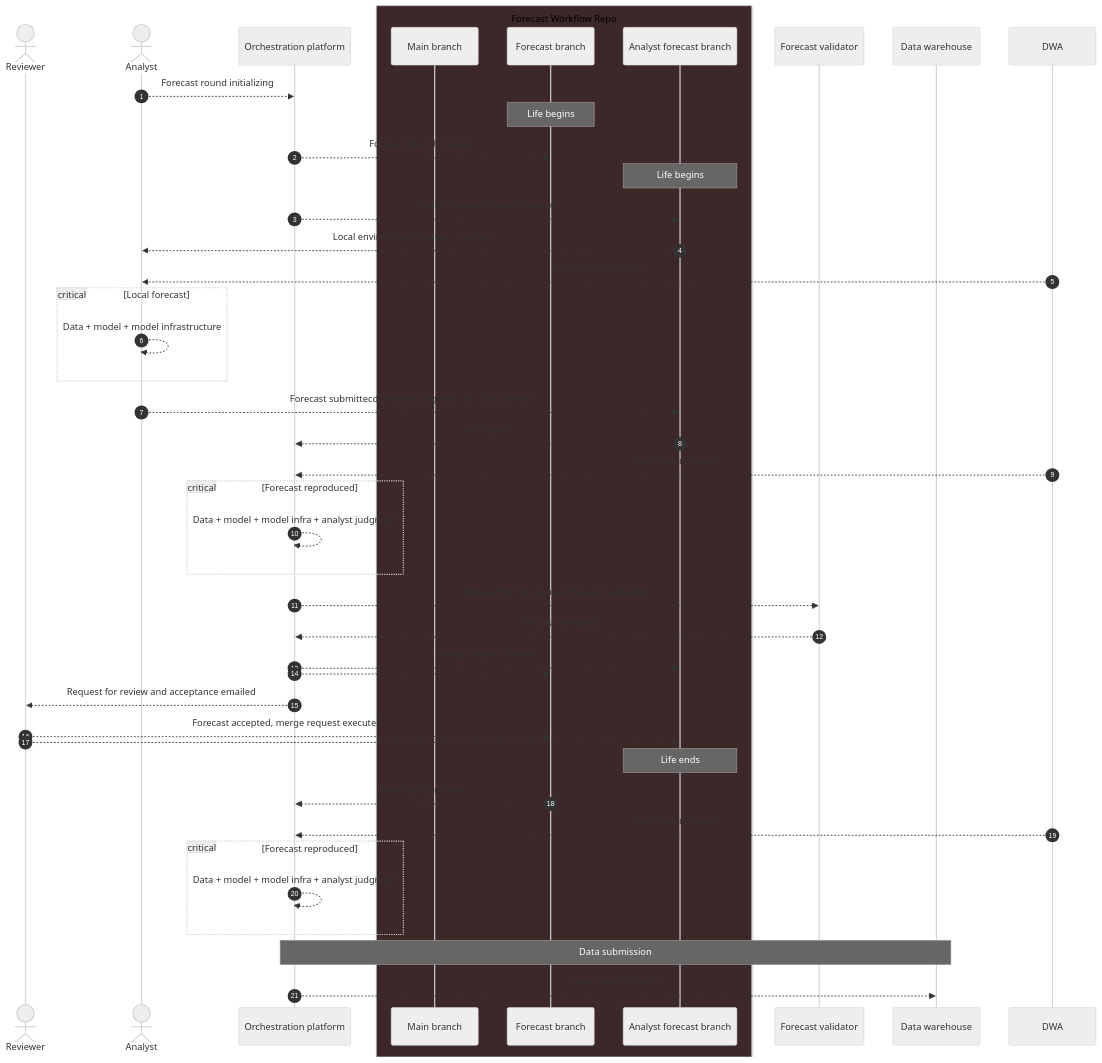
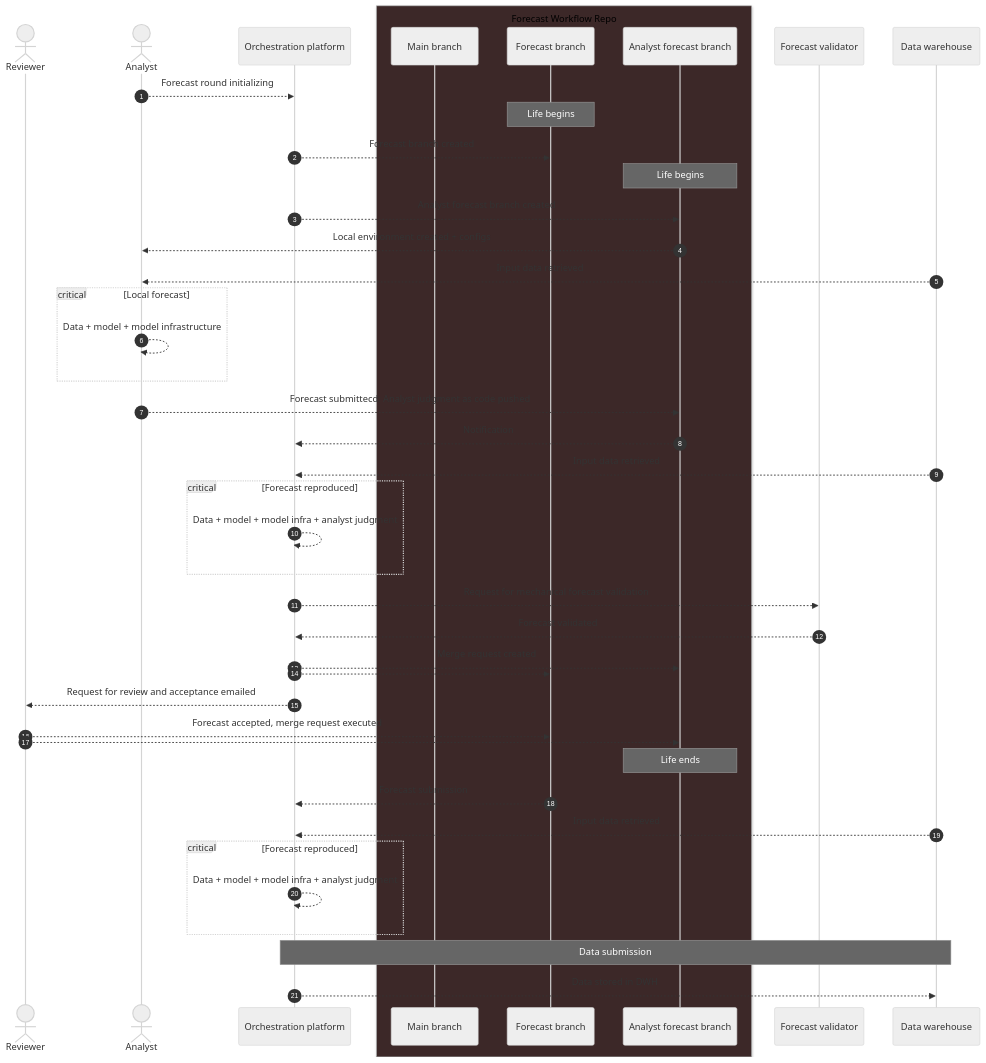
Before and after one commit to OGR-EIU/docs-workflows: the first of 2 diagrams in forecast-workflow.md, drawn with Mermaid (neutral theme).

````diff
--- a/forecast-workflow.md
+++ b/forecast-workflow.md
@@ -6,49 +6,49 @@
 ```mermaid
 sequenceDiagram
 	actor REV as Reviewer
 	actor USA as Analyst
 	participant ORC as Orchestration platform
         box rgb(60,40,40) Forecast Workflow Repo
         	participant WKM as Main branch
 		participant WKF as Forecast branch
 		participant WKA as Analyst forecast branch
 	end
 	participant USC as Forecast validator
         participant DWH as Data warehouse
 	
 
 	autonumber
 
 		USA -->> ORC: Forecast round initializing
                 Note over WKF: Life begins
 		ORC -->> WKF: Forecast branch created
 		Note over WKA: Life begins
 		ORC -->> WKA: Analyst forecast branch created
 		WKA -->> USA: Local environment created + configs
-                DWA -->> USA: Input data retrieved
+                DWH -->> USA: Input data retrieved
 		critical Local forecast
 			USA -->> USA: Data + model + model infrastructure
 		end
 
 		USA -->> WKA: Forecast submittecd: Analyst judgment as code pushed
                 WKA -->> ORC: Notification
-                DWA -->> ORC: Input data retrieved
+                DWH -->> ORC: Input data retrieved
                 critical Forecast reproduced
                          ORC -->> ORC: Data + model + model infra + analyst judgment
                 end
                 ORC -->> USC: Request for mechanical forecast validation
                 USC -->> ORC: Forecast validated
                 ORC -->> WKA: Merge request created
 	        ORC -->> WKF:  
                 ORC -->> REV: Request for review and acceptance emailed
 		REV -->> WKF: Forecast accepted, merge request executed
                 REV -->> WKA:  
                 Note over WKA: Life ends
 		WKF -->> ORC: Forecast submission
-                DWA -->> ORC: Input data retrieved
+                DWH -->> ORC: Input data retrieved
                 critical Forecast reproduced
                          ORC -->> ORC: Data + model + model infra + analyst judgment
                 end
 		Note over ORC, DWH: Data submission
                 ORC -->> DWH: Data stored in DWH
 ```
````
